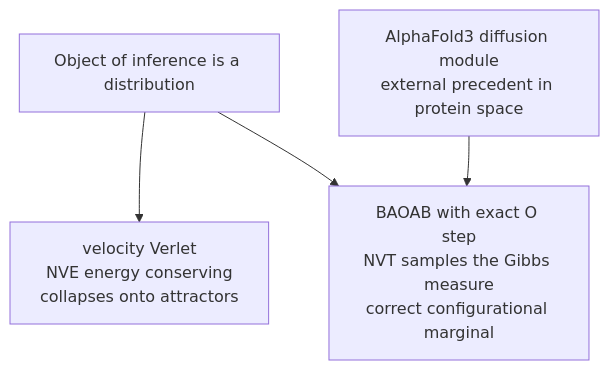
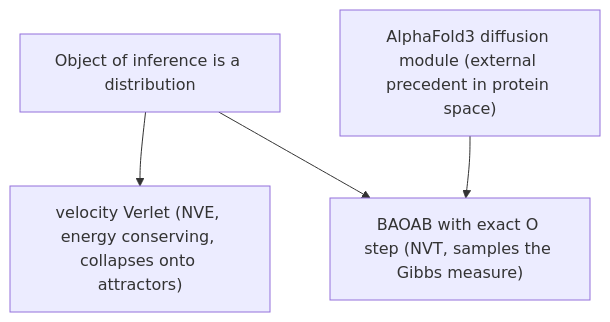
The third of 3 diagrams in companion_notes/Langevin_dynamics_reformulation_of_classical_damped_Lagrangian_flow.md (dimitarpg13/semsimula-paper), drawn with Mermaid before and after one commit. The commit also changed other lines of this file, not shown here.

````diff
--- a/companion_notes/Langevin_dynamics_reformulation_of_classical_damped_Lagrangian_flow.md
+++ b/companion_notes/Langevin_dynamics_reformulation_of_classical_damped_Lagrangian_flow.md
@@ -334,11 +333,10 @@
 ```mermaid
 flowchart TB
     OBJ["Object of inference is a distribution"]
-    NVE["velocity Verlet<br>NVE energy conserving<br>collapses onto attractors"]
-    NVT["BAOAB with exact O step<br>NVT samples the Gibbs measure<br>correct configurational marginal"]
-    AF["AlphaFold3 diffusion module<br>external precedent in protein space"]
-
+    NVE["velocity Verlet (NVE, energy conserving, collapses onto attractors)"]
+    NVT["BAOAB with exact O step (NVT, samples the Gibbs measure)"]
+    AF["AlphaFold3 diffusion module (external precedent in protein space)"]
     OBJ --> NVE
     OBJ --> NVT
     AF --> NVT
 ```
````
